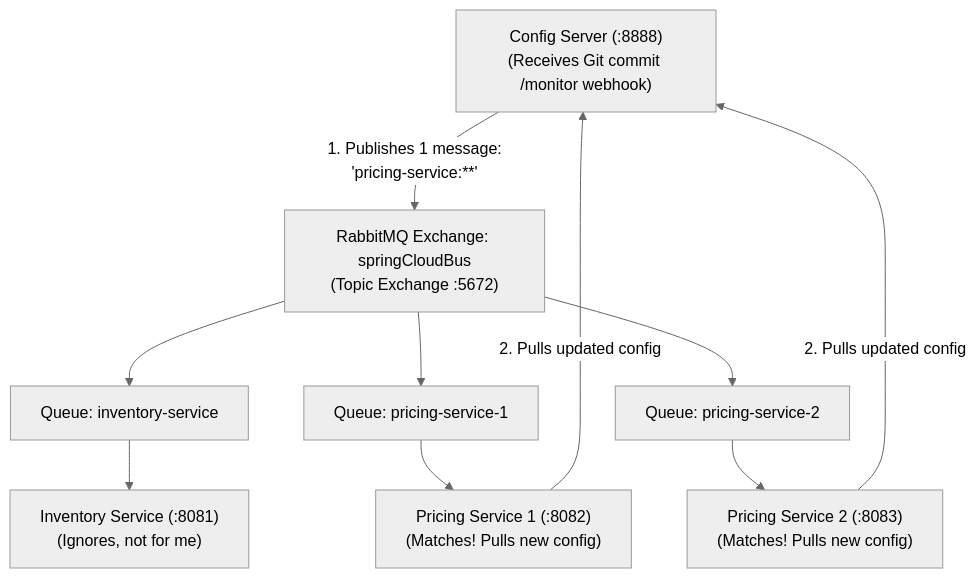
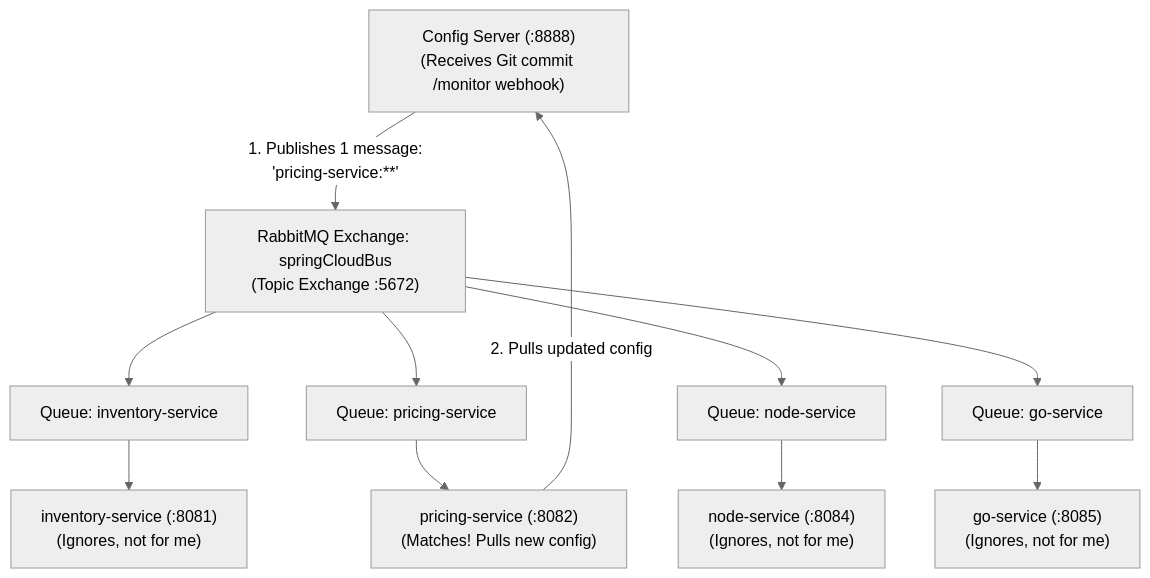
The fourth of 4 diagrams in version-a-git/README.md (kirankumarhm/springboot-config-server-external-properties-demo), drawn with Mermaid (neutral theme) before and after one commit. The commit also changed other lines of this file and 438 other files, not shown here.

````diff
--- a/version-a-git/README.md
+++ b/version-a-git/README.md
@@ -117,18 +140,20 @@
 ```mermaid
 graph TD
     CS["Config Server (:8888)<br/>(Receives Git commit /monitor webhook)"]
     Ex["RabbitMQ Exchange: springCloudBus<br/>(Topic Exchange :5672)"]
     Q1["Queue: inventory-service"]
-    Q2["Queue: pricing-service-1"]
-    Q3["Queue: pricing-service-2"]
-    Inv["Inventory Service (:8081)<br/>(Ignores, not for me)"]
-    Prc1["Pricing Service 1 (:8082)<br/>(Matches! Pulls new config)"]
-    Prc2["Pricing Service 2 (:8083)<br/>(Matches! Pulls new config)"]
+    Q2["Queue: pricing-service"]
+    Q3["Queue: node-service"]
+    Q4["Queue: go-service"]
+    Inv["inventory-service (:8081)<br/>(Ignores, not for me)"]
+    Prc["pricing-service (:8082)<br/>(Matches! Pulls new config)"]
+    Node["node-service (:8084)<br/>(Ignores, not for me)"]
+    Go["go-service (:8085)<br/>(Ignores, not for me)"]
 
     CS -- "1. Publishes 1 message:<br/>'pricing-service:**'" --> Ex
     Ex --> Q1 --> Inv
-    Ex --> Q2 --> Prc1
-    Ex --> Q3 --> Prc2
-    Prc1 -- "2. Pulls updated config" --> CS
-    Prc2 -- "2. Pulls updated config" --> CS
+    Ex --> Q2 --> Prc
+    Ex --> Q3 --> Node
+    Ex --> Q4 --> Go
+    Prc -- "2. Pulls updated config" --> CS
 ```
````
